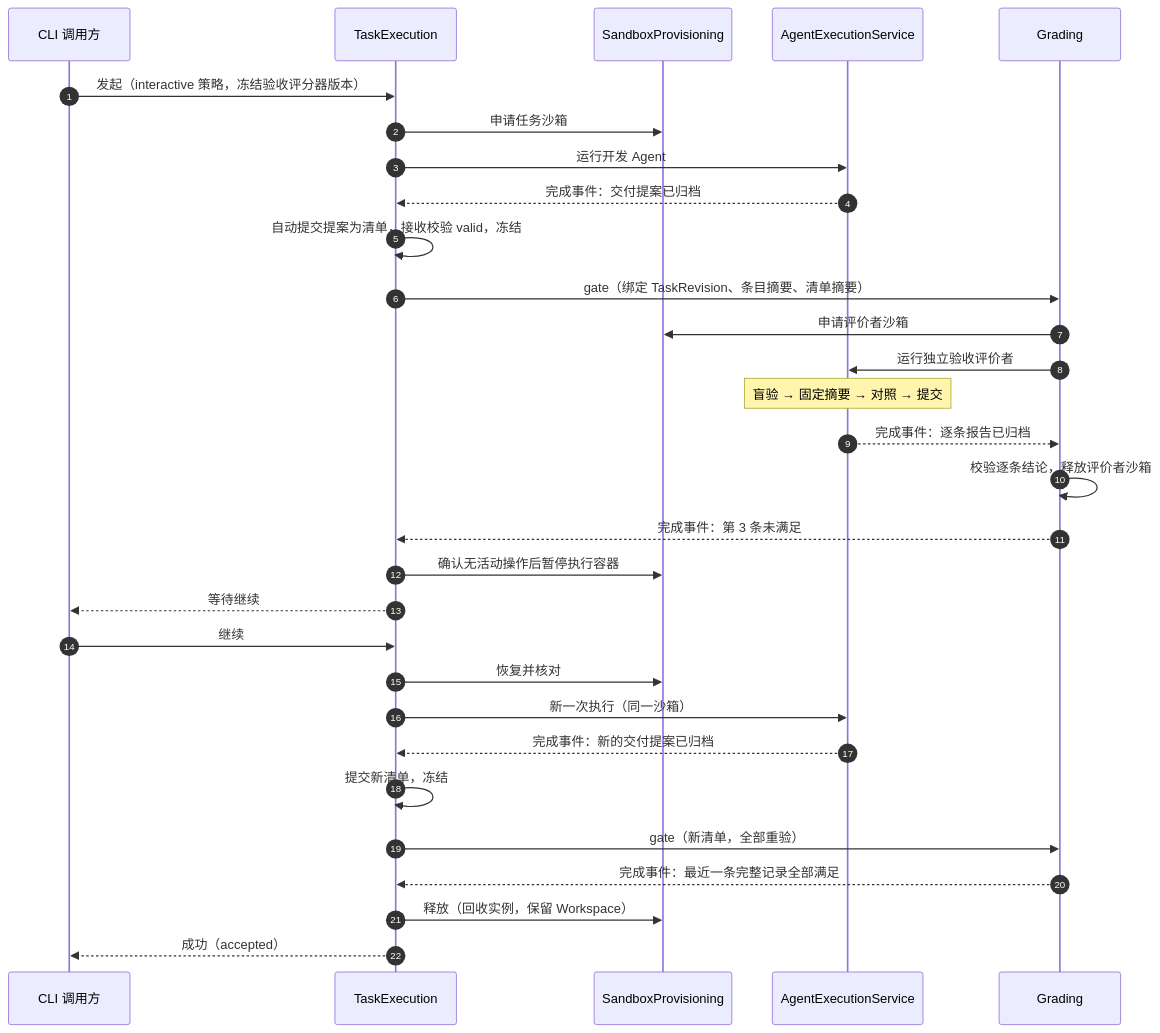
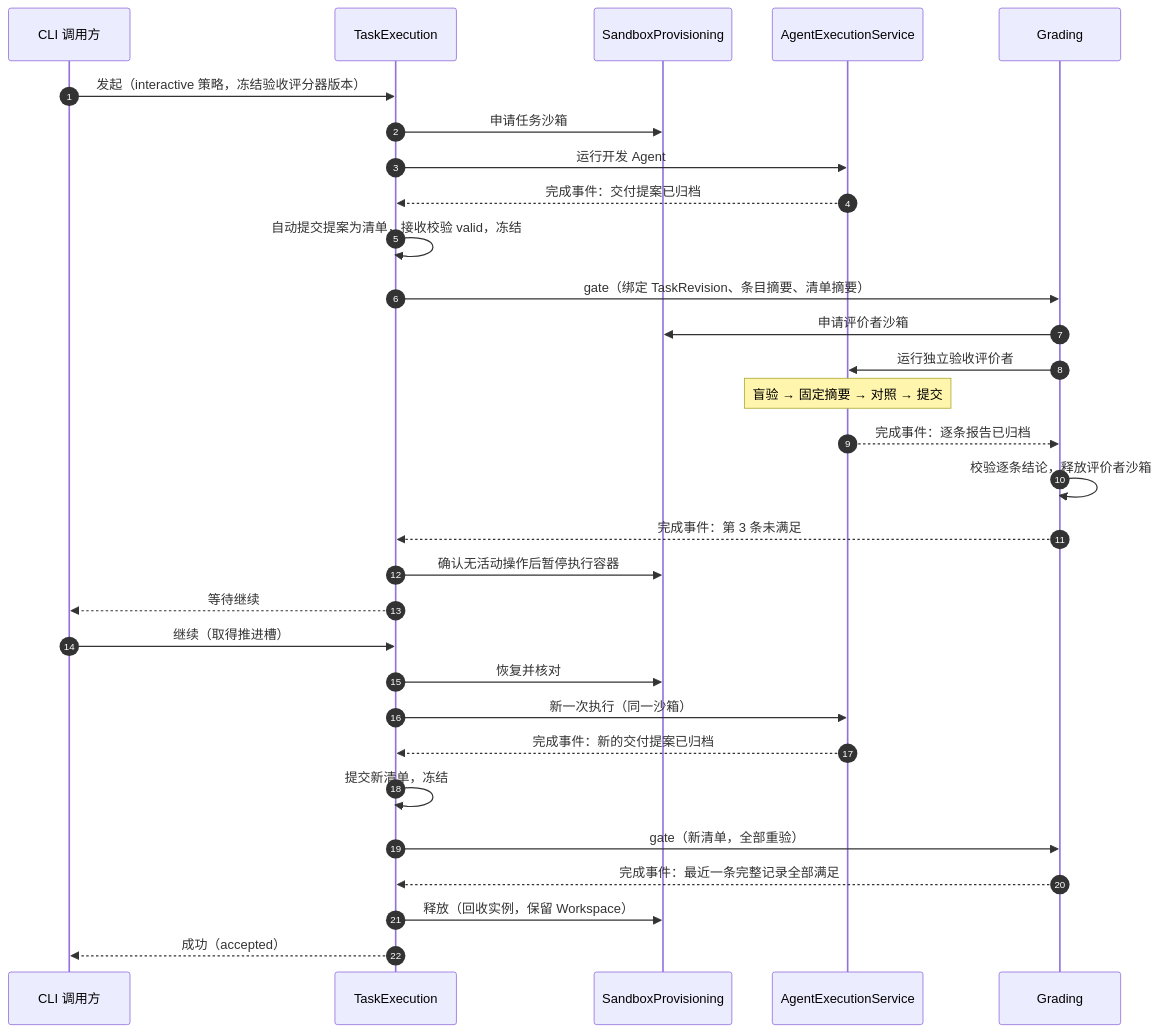
The diagram in docs/assets/r1-seq-dev.mmd (MaybeLL/Ground), drawn with Mermaid before and after one commit. The commit also changed 11 other files, not shown here.

```diff
--- a/docs/assets/r1-seq-dev.mmd
+++ b/docs/assets/r1-seq-dev.mmd
@@ -1,30 +1,30 @@
 sequenceDiagram
   autonumber
   participant U as CLI 调用方
   participant TE as TaskExecution
   participant SB as SandboxProvisioning
   participant AE as AgentExecutionService
   participant GR as Grading
   U->>TE: 发起（interactive 策略，冻结验收评分器版本）
   TE->>SB: 申请任务沙箱
   TE->>AE: 运行开发 Agent
   AE-->>TE: 完成事件：交付提案已归档
   TE->>TE: 自动提交提案为清单，接收校验 valid，冻结
   TE->>GR: gate（绑定 TaskRevision、条目摘要、清单摘要）
   GR->>SB: 申请评价者沙箱
   GR->>AE: 运行独立验收评价者
   Note over AE: 盲验 → 固定摘要 → 对照 → 提交
   AE-->>GR: 完成事件：逐条报告已归档
   GR->>GR: 校验逐条结论，释放评价者沙箱
   GR-->>TE: 完成事件：第 3 条未满足
   TE->>SB: 确认无活动操作后暂停执行容器
   TE-->>U: 等待继续
-  U->>TE: 继续
+  U->>TE: 继续（取得推进槽）
   TE->>SB: 恢复并核对
   TE->>AE: 新一次执行（同一沙箱）
   AE-->>TE: 完成事件：新的交付提案已归档
   TE->>TE: 提交新清单，冻结
   TE->>GR: gate（新清单，全部重验）
   GR-->>TE: 完成事件：最近一条完整记录全部满足
   TE->>SB: 释放（回收实例，保留 Workspace）
   TE-->>U: 成功（accepted）
```
